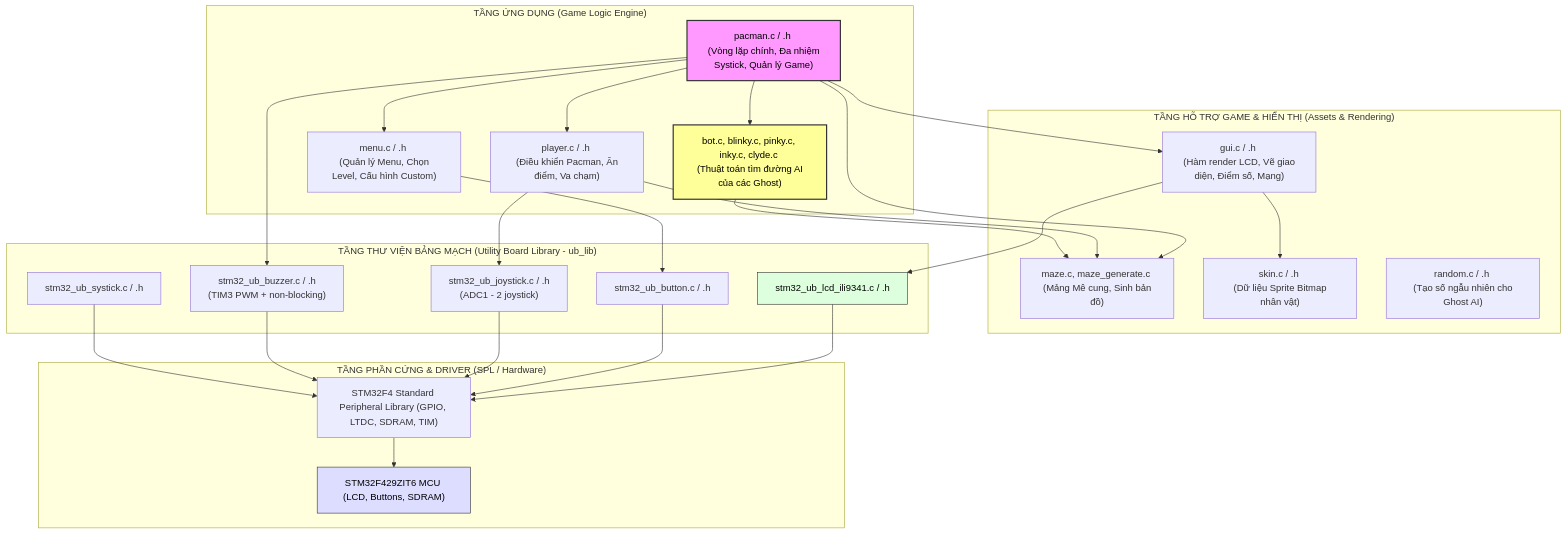
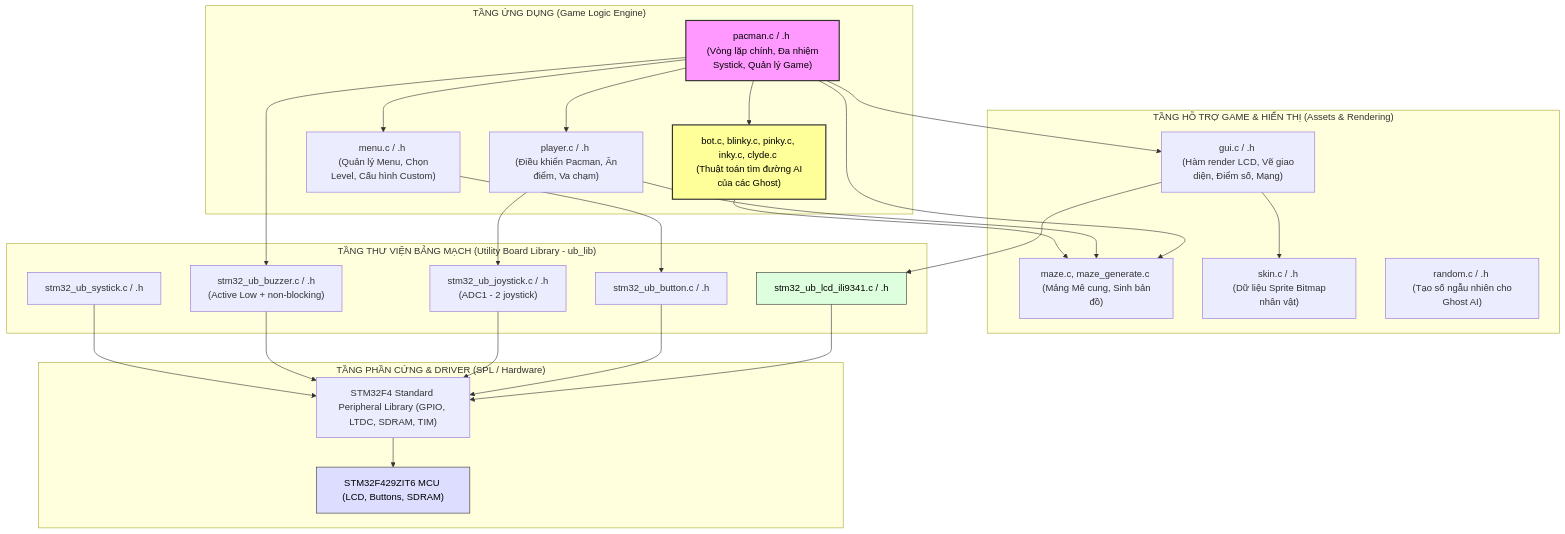
One commit to Tin61205/Embedded_Final_Prj_20252 changed the second of 2 diagrams in Report.md. Above: the diagram before and after it, drawn with Mermaid. The commit also changed other lines of this file and 2 other files, not shown here.

Commit message:
update readme buzzer

````diff
--- a/Report.md
+++ b/Report.md
@@ -169,46 +169,46 @@
 ```mermaid
 graph TD
     subgraph "TẦNG ỨNG DỤNG (Game Logic Engine)"
         PacmanCore["pacman.c / .h <br> (Vòng lặp chính, Đa nhiệm Systick, Quản lý Game)"]
         PlayerControl["player.c / .h <br> (Điều khiển Pacman, Ăn điểm, Va chạm)"]
         GhostAI["bot.c, blinky.c, pinky.c, inky.c, clyde.c <br> (Thuật toán tìm đường AI của các Ghost)"]
         GameMenu["menu.c / .h <br> (Quản lý Menu, Chọn Level, Cấu hình Custom)"]
     end
 
     subgraph "TẦNG HỖ TRỢ GAME & HIỂN THỊ (Assets & Rendering)"
         MazeManager["maze.c, maze_generate.c <br> (Mảng Mê cung, Sinh bản đồ)"]
         GUIRender["gui.c / .h <br> (Hàm render LCD, Vẽ giao diện, Điểm số, Mạng)"]
         SkinSprites["skin.c / .h <br> (Dữ liệu Sprite Bitmap nhân vật)"]
         RandomGen["random.c / .h <br> (Tạo số ngẫu nhiên cho Ghost AI)"]
     end
 
     subgraph "TẦNG THƯ VIỆN BẢNG MẠCH (Utility Board Library - ub_lib)"
         UB_LCD["stm32_ub_lcd_ili9341.c / .h"]
         UB_Button["stm32_ub_button.c / .h"]
         UB_Joystick["stm32_ub_joystick.c / .h<br>(ADC1 - 2 joystick)"]
-        UB_Buzzer["stm32_ub_buzzer.c / .h<br>(TIM3 PWM + non-blocking)"]
+        UB_Buzzer["stm32_ub_buzzer.c / .h<br>(Active Low + non-blocking)"]
         UB_Systick["stm32_ub_systick.c / .h"]
     end
 
     subgraph "TẦNG PHẦN CỨNG & DRIVER (SPL / Hardware)"
         SPL["STM32F4 Standard Peripheral Library (GPIO, LTDC, SDRAM, TIM)"]
         Hardware["STM32F429ZIT6 MCU (LCD, Buttons, SDRAM)"]
     end
 
     %% Mối liên kết giữa các tầng
     PacmanCore --> PlayerControl & GhostAI & GameMenu
     PacmanCore --> MazeManager & GUIRender
     PlayerControl & GhostAI --> MazeManager
     GUIRender --> SkinSprites & UB_LCD
     GameMenu --> UB_Button
     PlayerControl --> UB_Joystick
     PacmanCore --> UB_Buzzer
     
     UB_LCD & UB_Button & UB_Joystick & UB_Buzzer & UB_Systick --> SPL
     SPL --> Hardware
     
     style PacmanCore fill:#f9f,stroke:#333,stroke-width:2px,color:#000
     style GhostAI fill:#ff9,stroke:#333,stroke-width:2px,color:#000
     style UB_LCD fill:#dfd,stroke:#333,color:#000
     style Hardware fill:#ddf,stroke:#333,color:#000
 ```
````
